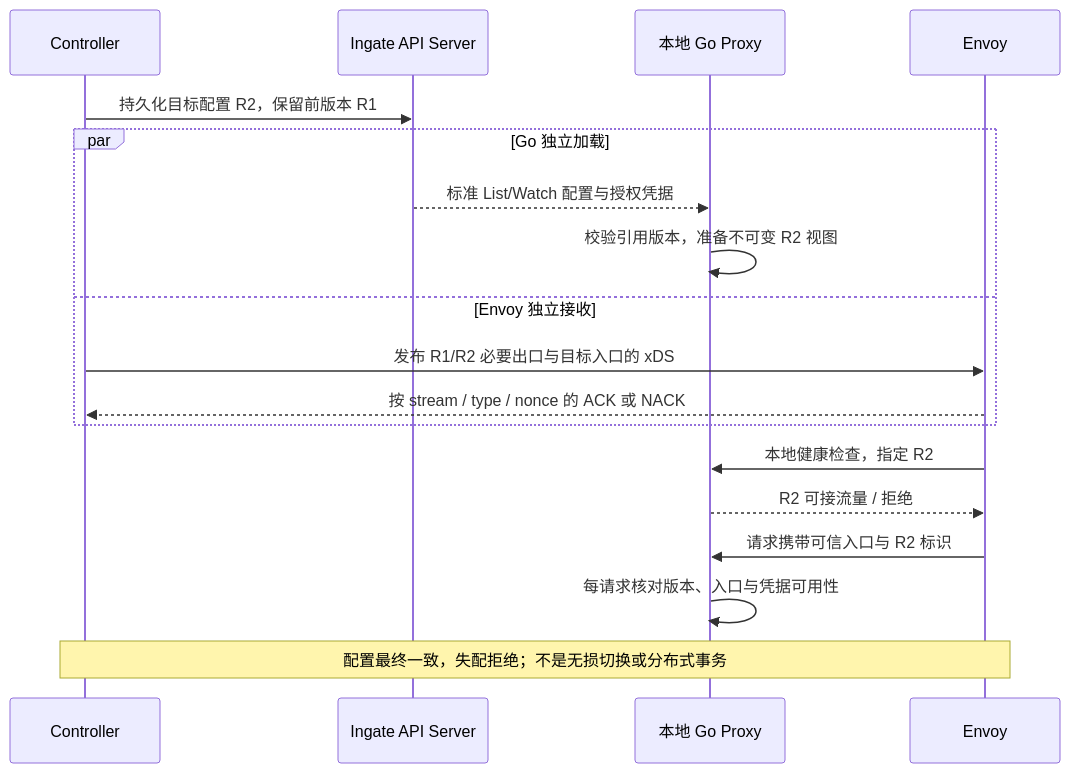
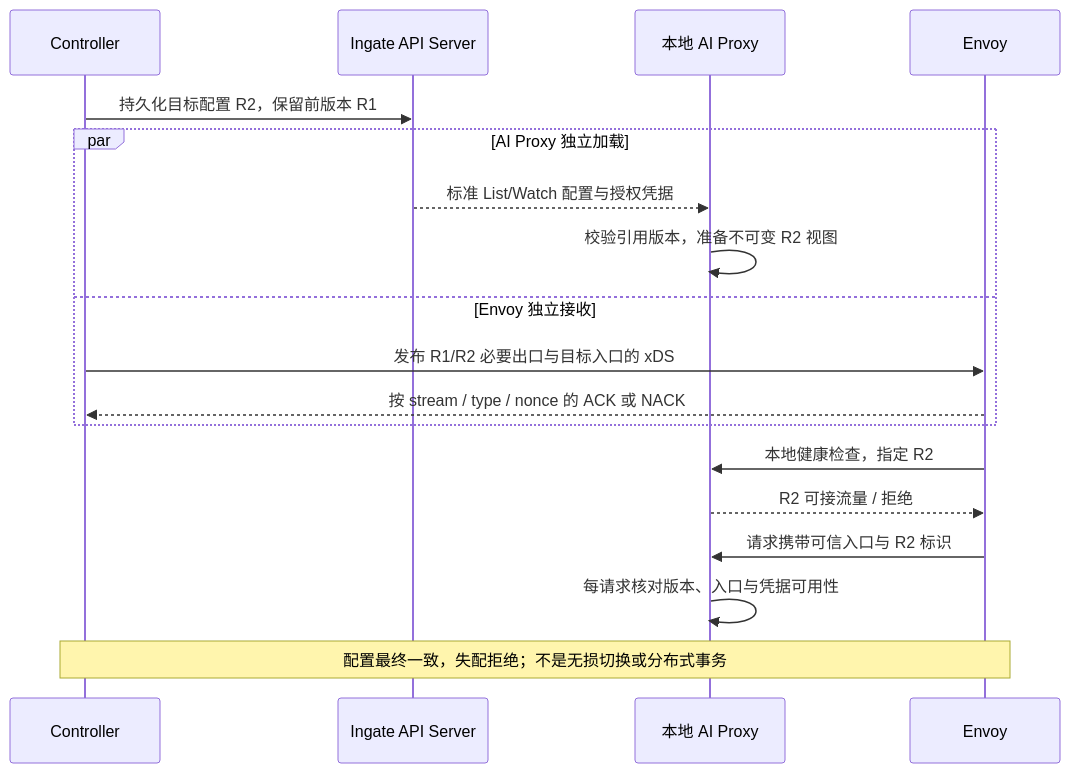
Before and after one commit to lgc202/ingate: the diagram in docs/design/ai-credentials-and-runtime-config.md, drawn with Mermaid. The commit also changed other lines of this file and 35 other files, not shown here.

````diff
--- a/docs/design/ai-credentials-and-runtime-config.md
+++ b/docs/design/ai-credentials-and-runtime-config.md
@@ -105,20 +105,20 @@
 ```mermaid
 sequenceDiagram
     participant C as Controller
     participant A as Ingate API Server
-    participant P as 本地 Go Proxy
+    participant P as 本地 AI Proxy
     participant E as Envoy
     C->>A: 持久化目标配置 R2，保留前版本 R1
-    par Go 独立加载
+    par AI Proxy 独立加载
         A-->>P: 标准 List/Watch 配置与授权凭据
         P->>P: 校验引用版本，准备不可变 R2 视图
     and Envoy 独立接收
         C->>E: 发布 R1/R2 必要出口与目标入口的 xDS
         E-->>C: 按 stream / type / nonce 的 ACK 或 NACK
     end
     E->>P: 本地健康检查，指定 R2
     P-->>E: R2 可接流量 / 拒绝
     E->>P: 请求携带可信入口与 R2 标识
     P->>P: 每请求核对版本、入口与凭据可用性
     Note over C,E: 配置最终一致，失配拒绝；不是无损切换或分布式事务
 ```
````
